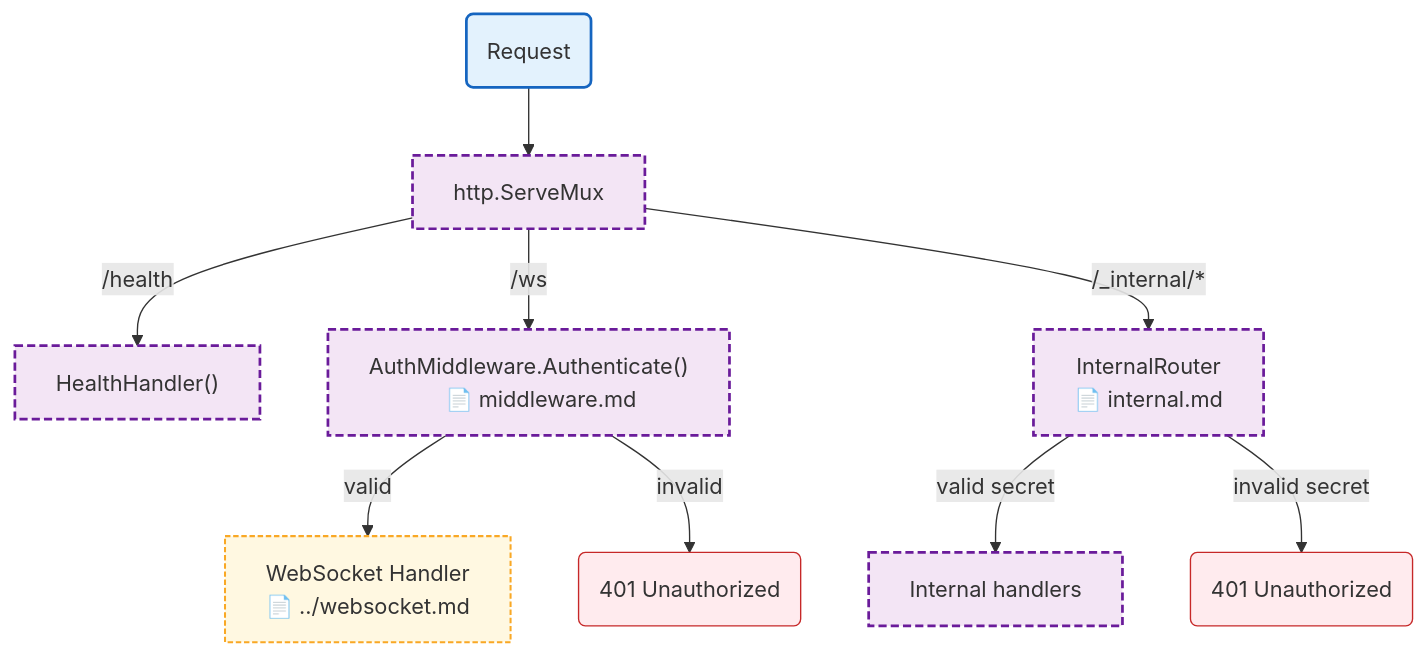
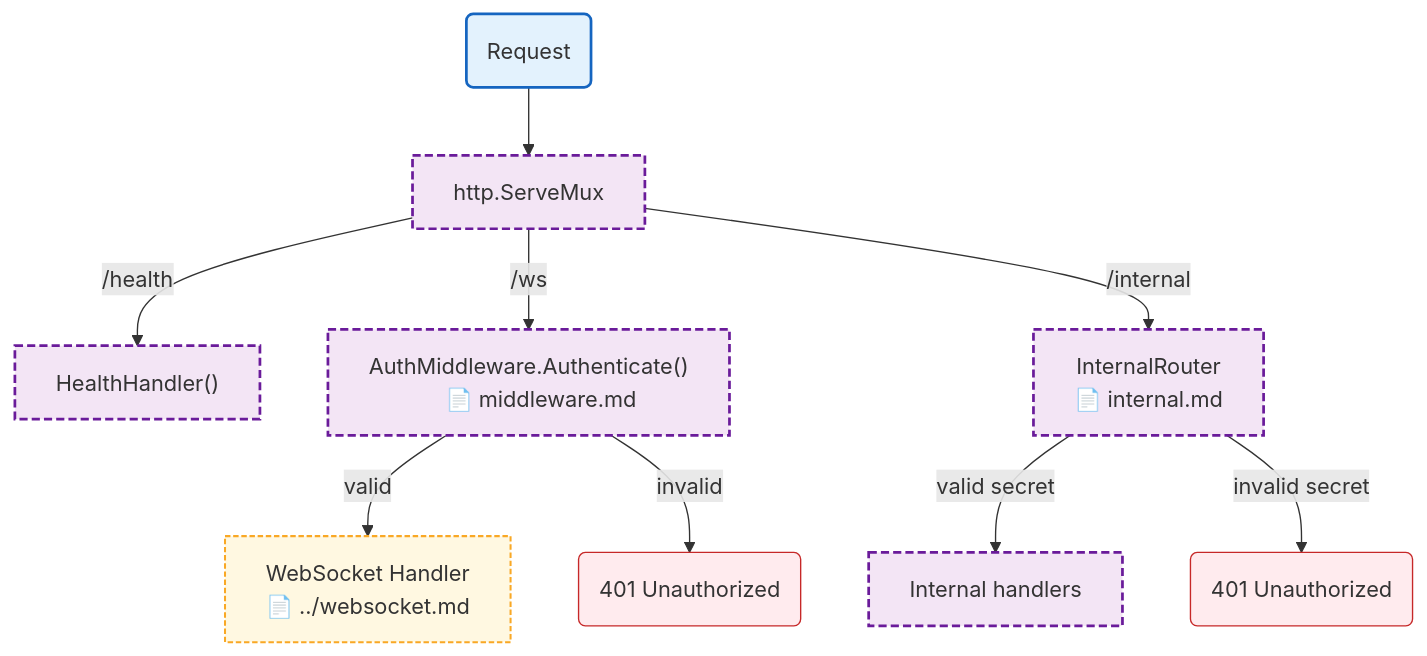
Before and after one commit to radch-ai/ava: the diagram in docs/internal/server/README.md, drawn with Mermaid. The commit also changed 1 other file, not shown here.

Commit message:
fix(docs): escape special characters in mermaid diagrams
- Fix /_internal/* route in server README
- Fix /_internal/ in main README
- Fix Load/Save label in main README

````diff
--- a/docs/internal/server/README.md
+++ b/docs/internal/server/README.md
@@ -7,26 +7,26 @@
 ```mermaid
 flowchart TB
     Start("Request") --> Mux["http.ServeMux"]
     Mux -->|/health| Health["HealthHandler()"]
     Mux -->|/ws| AuthMW["AuthMiddleware.Authenticate()
     📄 middleware.md"]
-    Mux -->|/_internal/*| Internal["InternalRouter
+    Mux -->|/internal| Internal["InternalRouter
     📄 internal.md"]
     
     AuthMW -->|valid| WSHandler["WebSocket Handler
     📄 ../websocket.md"]
     AuthMW -->|invalid| AuthErr("401 Unauthorized")
     
     Internal -->|valid secret| InternalHandler["Internal handlers"]
     Internal -->|invalid secret| InternalErr("401 Unauthorized")
 
     classDef mainFn fill:#e3f2fd,stroke:#1565c0,stroke-width:2px
     classDef internalFn fill:#f3e5f5,stroke:#6a1b9a,stroke-width:2px,stroke-dasharray:6 3
     classDef localPkgs fill:#fff8e1,stroke:#f9a825,stroke-width:1.5px,stroke-dasharray:4 2
     classDef errorFlow fill:#ffebee,stroke:#c62828,stroke-width:1px
 
     class Start mainFn
     class Mux,Health,AuthMW,Internal,InternalHandler internalFn
     class WSHandler localPkgs
     class AuthErr,InternalErr errorFlow
 ```
````
